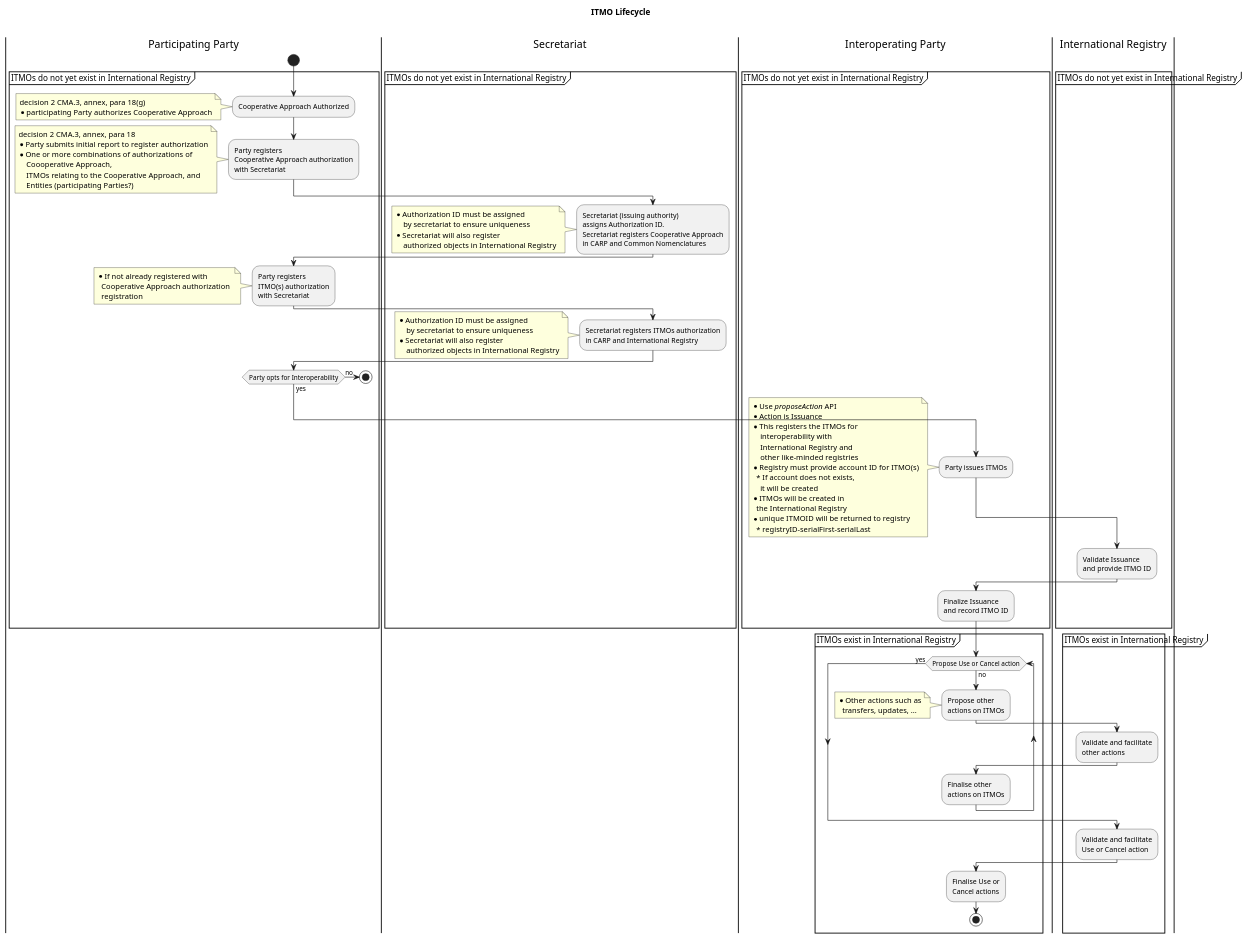
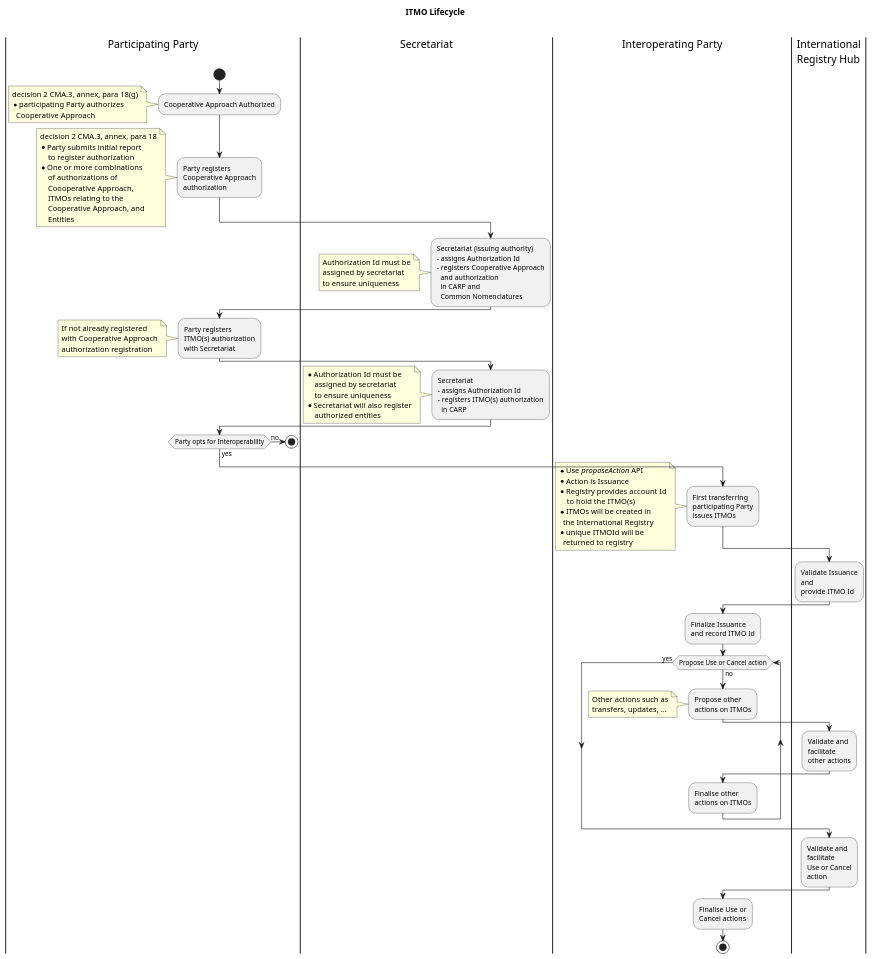
The diagram in diagrams/ITMO Lifecycle Activity.puml (frankcnng/CARP), drawn with PlantUML before and after one commit.

Commit message:
Update ITMO Lifecycle Activity.puml
simplified diagram

```diff
--- a/diagrams/ITMO Lifecycle Activity.puml
+++ b/diagrams/ITMO Lifecycle Activity.puml
@@ -1,119 +1,123 @@
 @startuml
 
 title ITMO Lifecycle \n
 |Participating Party|
 
 start
 
-partition ITMOs do not yet exist in International Registry {
-    
+
     :Cooperative Approach Authorized;
       note left
         decision 2 CMA.3, annex, para 18(g)
-        * participating Party authorizes Cooperative Approach
+        * participating Party authorizes
+          Cooperative Approach
       end note
   
     :Party registers
-    Cooperative Approach authorization
-    with Secretariat;
+    Cooperative Approach
+    authorization;
       note left
         decision 2 CMA.3, annex, para 18
-        * Party submits initial report to register authorization
-        * One or more combinations of authorizations of
+        * Party submits initial report
+            to register authorization
+        * One or more combinations
+            of authorizations of
             Coooperative Approach,
-            ITMOs relating to the Cooperative Approach, and
-            Entities (participating Parties?)
+            ITMOs relating to the
+            Cooperative Approach, and
+            Entities
       end note
     |Secretariat|
     :Secretariat (issuing authority)
-    assigns Authorization ID.
-    Secretariat registers Cooperative Approach
-    in CARP and Common Nomenclatures;
+    - assigns Authorization Id
+    - registers Cooperative Approach
+      and authorization
+      in CARP and 
+      Common Nomenclatures;
       note left
-        * Authorization ID must be assigned
-            by secretariat to ensure uniqueness
-        * Secretariat will also register 
-            authorized objects in International Registry
+        Authorization Id must be
+        assigned by secretariat
+        to ensure uniqueness
       end note
     |Participating Party|
     :Party registers 
     ITMO(s) authorization
     with Secretariat;
       note left
-          * If not already registered with 
-            Cooperative Approach authorization 
-            registration
+          If not already registered
+          with Cooperative Approach
+          authorization registration
       end note
 
     |Secretariat|
-    :Secretariat registers ITMOs authorization
-    in CARP and International Registry;
+    :Secretariat
+    - assigns Authorization Id
+    - registers ITMO(s) authorization
+      in CARP;
       note left
-        * Authorization ID must be assigned
-            by secretariat to ensure uniqueness
+        * Authorization Id must be
+            assigned by secretariat
+            to ensure uniqueness
         * Secretariat will also register 
-            authorized objects in International Registry
+            authorized entities
       end note
 
     |Participating Party|
     if (Party opts for Interoperability) then (yes)
   
       |Interoperating Party|
-      :Party issues ITMOs;
+      :First transferring\nparticipating Party\nissues ITMOs;
         note left
         * Use //proposeAction// API
         * Action is Issuance
-        * This registers the ITMOs for
-            interoperability with
-            International Registry and
-            other like-minded registries
-        * Registry must provide account ID for ITMO(s)
-          * If account does not exists,
-            it will be created
+        * Registry provides account Id
+            to hold the ITMO(s)
         * ITMOs will be created in
           the International Registry
-        * unique ITMOID will be returned to registry
-          * registryID-serialFirst-serialLast
+        * unique ITMOId will be
+          returned to registry
         end note
-      |International Registry|
+      |International\nRegistry Hub|
       :Validate Issuance
-      and provide ITMO ID;
+      and
+      provide ITMO Id;
 
       |Interoperating Party|
       :Finalize Issuance
-      and record ITMO ID;
+      and record ITMO Id;
     else (no)
       |Participating Party|
       stop
     
   endif
-}
 
 |Interoperating Party|
-partition ITMOs exist in International Registry {
+
 
   while (Propose Use or Cancel action) is (no)
   
     :Propose other
     actions on ITMOs;
       note left
-      * Other actions such as
-        transfers, updates, ...
+      Other actions such as
+      transfers, updates, ...
       end note
-    |International Registry|
-    :Validate and facilitate
+    |International\nRegistry Hub|
+    :Validate and
+    facilitate
     other actions;
     |Interoperating Party|
     :Finalise other
     actions on ITMOs;
   endwhile (yes)
-    |International Registry|
-    :Validate and facilitate
-    Use or Cancel action;
+    |International\nRegistry Hub|
+    :Validate and
+    facilitate
+    Use or Cancel
+    action;
     |Interoperating Party|
     :Finalise Use or
     Cancel actions;
     stop
-}
 
 @enduml
```
